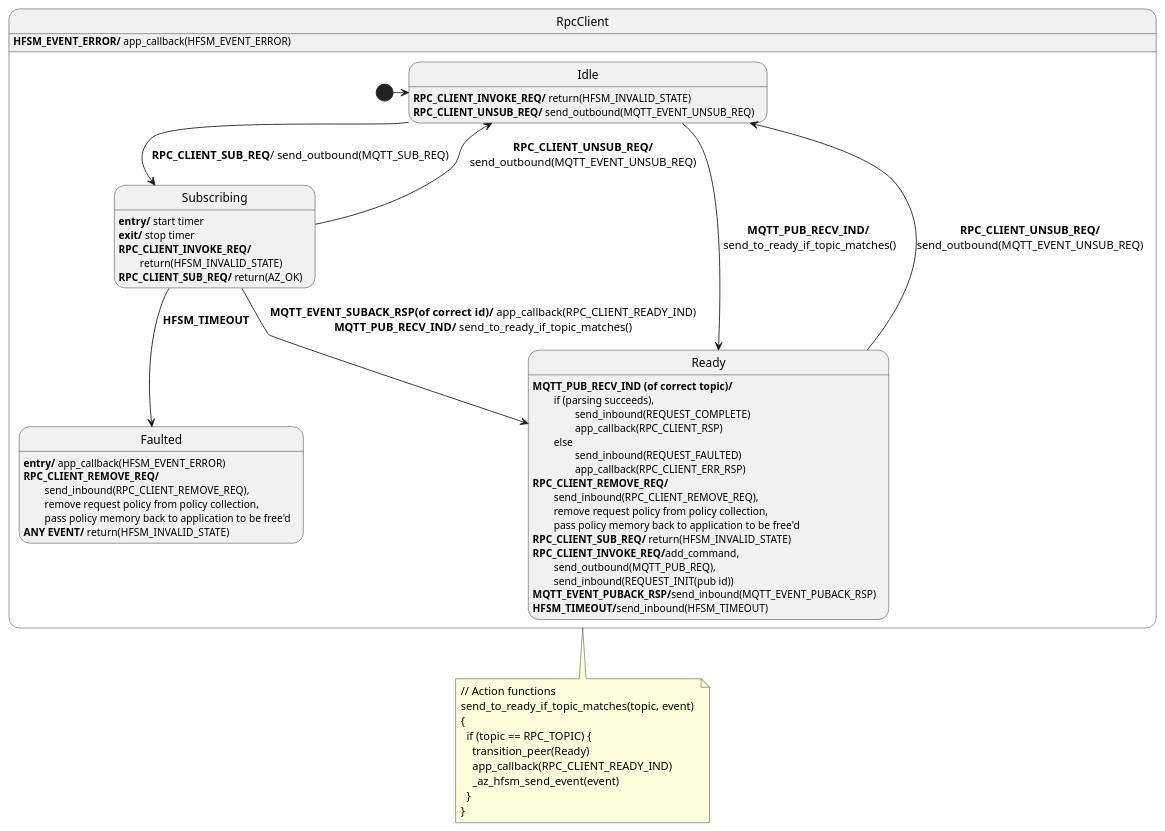
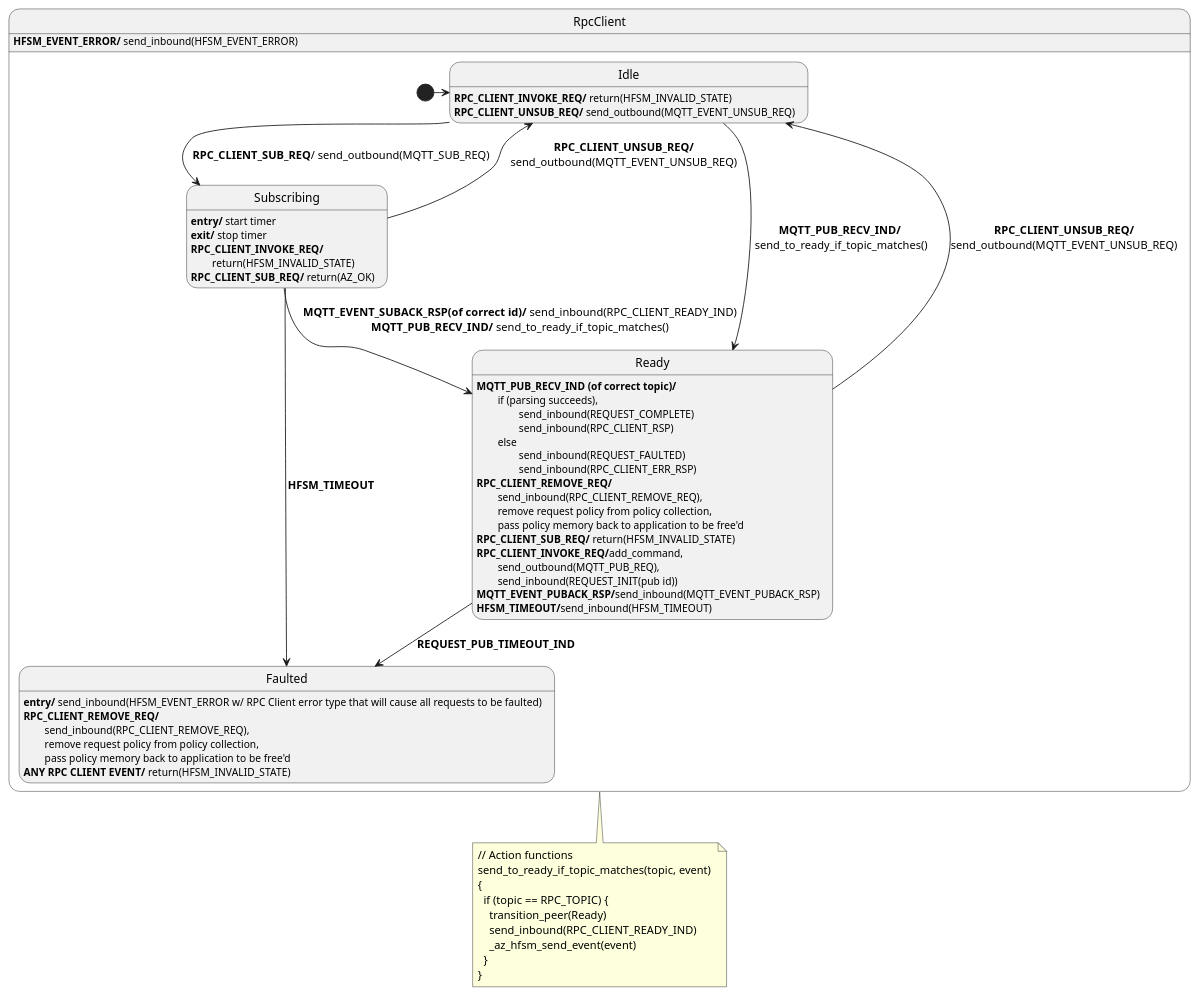
One commit to Azure/azure-sdk-for-c changed the diagram in sdk/docs/core/resources/mqtt_rpc_client.puml. Above: the diagram before and after it, drawn with PlantUML. The commit also changed 10 other files, not shown here.

First line of the commit message:
[HFSM] [RPC] RPC Client to faulted on pub timeout (#2763)

```diff
--- a/sdk/docs/core/resources/mqtt_rpc_client.puml
+++ b/sdk/docs/core/resources/mqtt_rpc_client.puml
@@ -1,52 +1,53 @@
 @startuml
 ' ignore these as handled outside of this diagram: MQTT_EVENT_CONNECT_REQ, MQTT_EVENT_CONNECT_RSP, MQTT_EVENT_DISCONNECT_REQ, MQTT_EVENT_DISCONNECT_RSP
 ' Assumptions:
 ' 0. Unknown events are forwarded (in their original direction, either inbound or outbound).
 ' 1. If RPC_CLIENT_READY_IND hasn't already been sent, RPC_CLIENT_SUB_REQ is guaranteed to respond with either RPC_CLIENT_READY_IND, or HFSM_EVENT_ERROR if the subscribe request timed out.
 ' 2. RPC_CLIENT_READY_IND will not be sent more than once unless the client unsubscribes or gets unsubscribed.
-' 3. app_callback, send_inbound, send_outbound are used to send information to the app, request policy collection, and network respectively.
+' 3. send_inbound, send_outbound are used to send information to the app/request policy collection, and network respectively.
 
 state RpcClient {
   state Idle
   Idle : <b>RPC_CLIENT_INVOKE_REQ/</b> return(HFSM_INVALID_STATE)
   Idle : <b>RPC_CLIENT_UNSUB_REQ/</b> send_outbound(MQTT_EVENT_UNSUB_REQ)
 
   state Faulted
-  Faulted : <b>entry/</b> app_callback(HFSM_EVENT_ERROR)
+  Faulted : <b>entry/</b> send_inbound(HFSM_EVENT_ERROR w/ RPC Client error type that will cause all requests to be faulted)
   Faulted : <b>RPC_CLIENT_REMOVE_REQ/</b>\n\tsend_inbound(RPC_CLIENT_REMOVE_REQ),\n\tremove request policy from policy collection,\n\tpass policy memory back to application to be free'd
-  Faulted : <b>ANY EVENT/</b> return(HFSM_INVALID_STATE)
+  Faulted : <b>ANY RPC CLIENT EVENT/</b> return(HFSM_INVALID_STATE)
     
   state Subscribing
   Subscribing : <b>entry/</b> start timer
   Subscribing : <b>exit/</b> stop timer
   Subscribing : <b>RPC_CLIENT_INVOKE_REQ/</b>\n\treturn(HFSM_INVALID_STATE)
   Subscribing : <b>RPC_CLIENT_SUB_REQ/</b> return(AZ_OK) 
 
   [*] -> Idle
   Idle --> Subscribing : <b>RPC_CLIENT_SUB_REQ</b>/ send_outbound(MQTT_SUB_REQ)
   Idle --> Ready : <b>MQTT_PUB_RECV_IND/</b>\n send_to_ready_if_topic_matches()
   Subscribing --> Faulted : <b>HFSM_TIMEOUT</b>
-  Subscribing --> Ready : <b>MQTT_EVENT_SUBACK_RSP(of correct id)/</b> app_callback(RPC_CLIENT_READY_IND)\n<b>MQTT_PUB_RECV_IND/</b> send_to_ready_if_topic_matches()
+  Subscribing --> Ready : <b>MQTT_EVENT_SUBACK_RSP(of correct id)/</b> send_inbound(RPC_CLIENT_READY_IND)\n<b>MQTT_PUB_RECV_IND/</b> send_to_ready_if_topic_matches()
   Ready --> Idle : <b>RPC_CLIENT_UNSUB_REQ/</b>\nsend_outbound(MQTT_EVENT_UNSUB_REQ)
   Subscribing --> Idle : <b>RPC_CLIENT_UNSUB_REQ/</b>\nsend_outbound(MQTT_EVENT_UNSUB_REQ)
+  Ready --> Faulted : <b>REQUEST_PUB_TIMEOUT_IND</b>
 
-  Ready : <b>MQTT_PUB_RECV_IND (of correct topic)/</b>\n\tif (parsing succeeds),\n\t\tsend_inbound(REQUEST_COMPLETE)\n\t\tapp_callback(RPC_CLIENT_RSP)\n\telse\n\t\tsend_inbound(REQUEST_FAULTED)\n\t\tapp_callback(RPC_CLIENT_ERR_RSP)
+  Ready : <b>MQTT_PUB_RECV_IND (of correct topic)/</b>\n\tif (parsing succeeds),\n\t\tsend_inbound(REQUEST_COMPLETE)\n\t\tsend_inbound(RPC_CLIENT_RSP)\n\telse\n\t\tsend_inbound(REQUEST_FAULTED)\n\t\tsend_inbound(RPC_CLIENT_ERR_RSP)
   Ready : <b>RPC_CLIENT_REMOVE_REQ/</b>\n\tsend_inbound(RPC_CLIENT_REMOVE_REQ),\n\tremove request policy from policy collection,\n\tpass policy memory back to application to be free'd
   Ready : <b>RPC_CLIENT_SUB_REQ/</b> return(HFSM_INVALID_STATE)
   Ready : <b>RPC_CLIENT_INVOKE_REQ/</b>add_command,\n\tsend_outbound(MQTT_PUB_REQ),\n\tsend_inbound(REQUEST_INIT(pub id))
   Ready : <b>MQTT_EVENT_PUBACK_RSP/</b>send_inbound(MQTT_EVENT_PUBACK_RSP)
   Ready : <b>HFSM_TIMEOUT/</b>send_inbound(HFSM_TIMEOUT)
 }
-RpcClient : <b>HFSM_EVENT_ERROR/</b> app_callback(HFSM_EVENT_ERROR)
+RpcClient : <b>HFSM_EVENT_ERROR/</b> send_inbound(HFSM_EVENT_ERROR)
 note bottom of RpcClient
   // Action functions
   send_to_ready_if_topic_matches(topic, event) 
   {
     if (topic == RPC_TOPIC) {
       transition_peer(Ready)
-      app_callback(RPC_CLIENT_READY_IND)
+      send_inbound(RPC_CLIENT_READY_IND)
       _az_hfsm_send_event(event)
     }
   }
 end note
 @enduml
```
